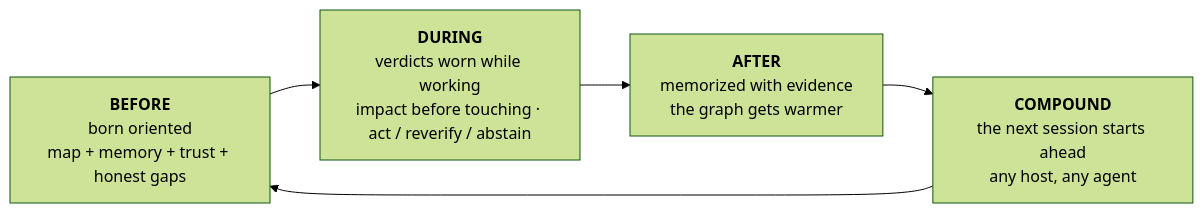
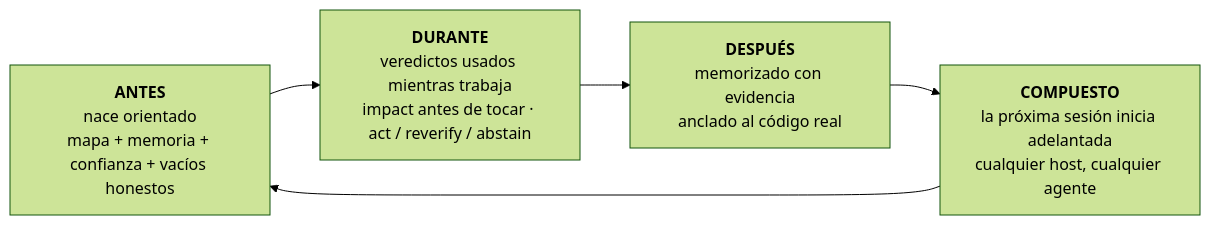
The diagram in i18n/README.es.md (maxkle1nz/m1nd), drawn with Mermaid (forest theme) before and after one commit. The commit also changed other lines of this file and 6 other files, not shown here.

````diff
--- a/i18n/README.es.md
+++ b/i18n/README.es.md
@@ -86,8 +103,8 @@
 ```mermaid
 flowchart LR
-    B["<b>BEFORE</b><br/>born oriented<br/>map + memory + trust + honest gaps"]
-    D["<b>DURING</b><br/>verdicts worn while working<br/>impact before touching · act / reverify / abstain"]
-    A["<b>AFTER</b><br/>memorized with evidence<br/>the graph gets warmer"]
-    C["<b>COMPOUND</b><br/>the next session starts ahead<br/>any host, any agent"]
+    B["<b>ANTES</b><br/>nace orientado<br/>mapa + memoria + confianza + vacíos honestos"]
+    D["<b>DURANTE</b><br/>veredictos usados mientras trabaja<br/>impact antes de tocar · act / reverify / abstain"]
+    A["<b>DESPUÉS</b><br/>memorizado con evidencia<br/>anclado al código real"]
+    C["<b>COMPUESTO</b><br/>la próxima sesión inicia adelantada<br/>cualquier host, cualquier agente"]
     B --> D --> A --> C --> B
 ```
````
